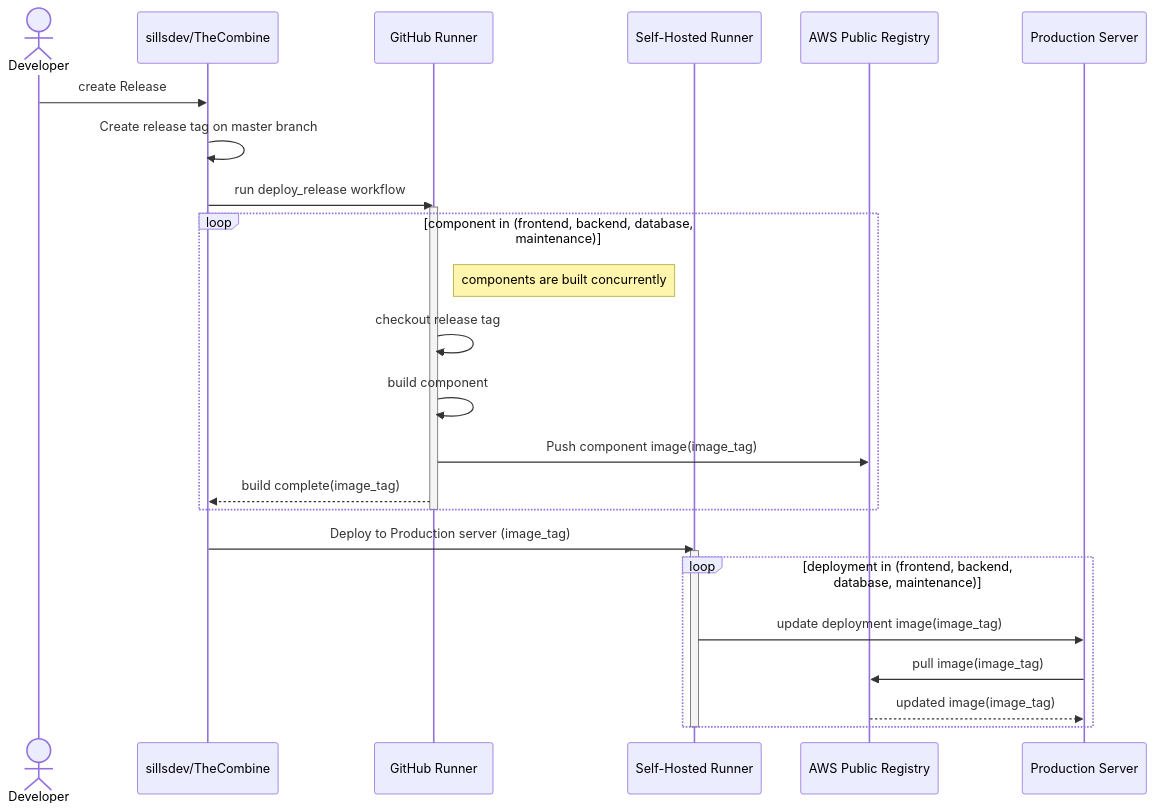
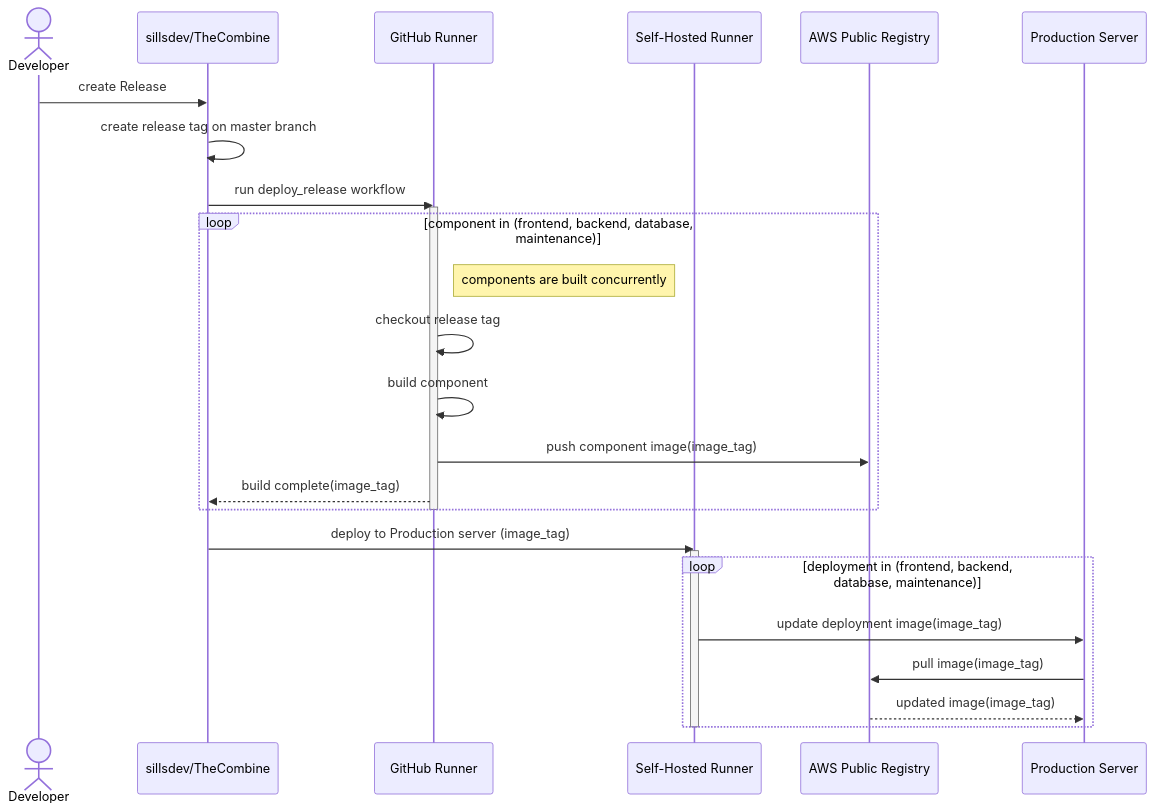
The second of 2 diagrams in README.md (sillsdev/TheCombine), drawn with Mermaid before and after one commit. The commit also changed other lines of this file, not shown here.

Commit message:
Make message case consistent in CI/CD diagrams

````diff
--- a/README.md
+++ b/README.md
@@ -1020,29 +1020,29 @@
 ```mermaid
 sequenceDiagram
    actor Developer
    participant github as sillsdev/TheCombine
    participant gh_runner as GitHub Runner
    participant sh_runner as Self-Hosted Runner
    participant reg as AWS Public Registry
    participant server as Production Server
    Developer ->> github: create Release
-   github ->> github: Create release tag on master branch
+   github ->> github: create release tag on master branch
    github ->> gh_runner: run deploy_release workflow
    activate gh_runner
    loop component in (frontend, backend, database, maintenance)
       Note right of gh_runner: components are built concurrently
       gh_runner ->> gh_runner: checkout release tag
       gh_runner ->> gh_runner: build component
-      gh_runner ->> reg: Push component image(image_tag)
+      gh_runner ->> reg: push component image(image_tag)
       gh_runner -->> github: build complete(image_tag)
    end
    deactivate gh_runner
-   github ->> sh_runner: Deploy to Production server (image_tag)
+   github ->> sh_runner: deploy to Production server (image_tag)
    activate sh_runner
    loop deployment in (frontend, backend, database, maintenance)
       sh_runner ->> server: update deployment image(image_tag)
       server ->> reg: pull image(image_tag)
       reg -->> server: updated image(image_tag)
    end
    deactivate sh_runner
 ```
````
